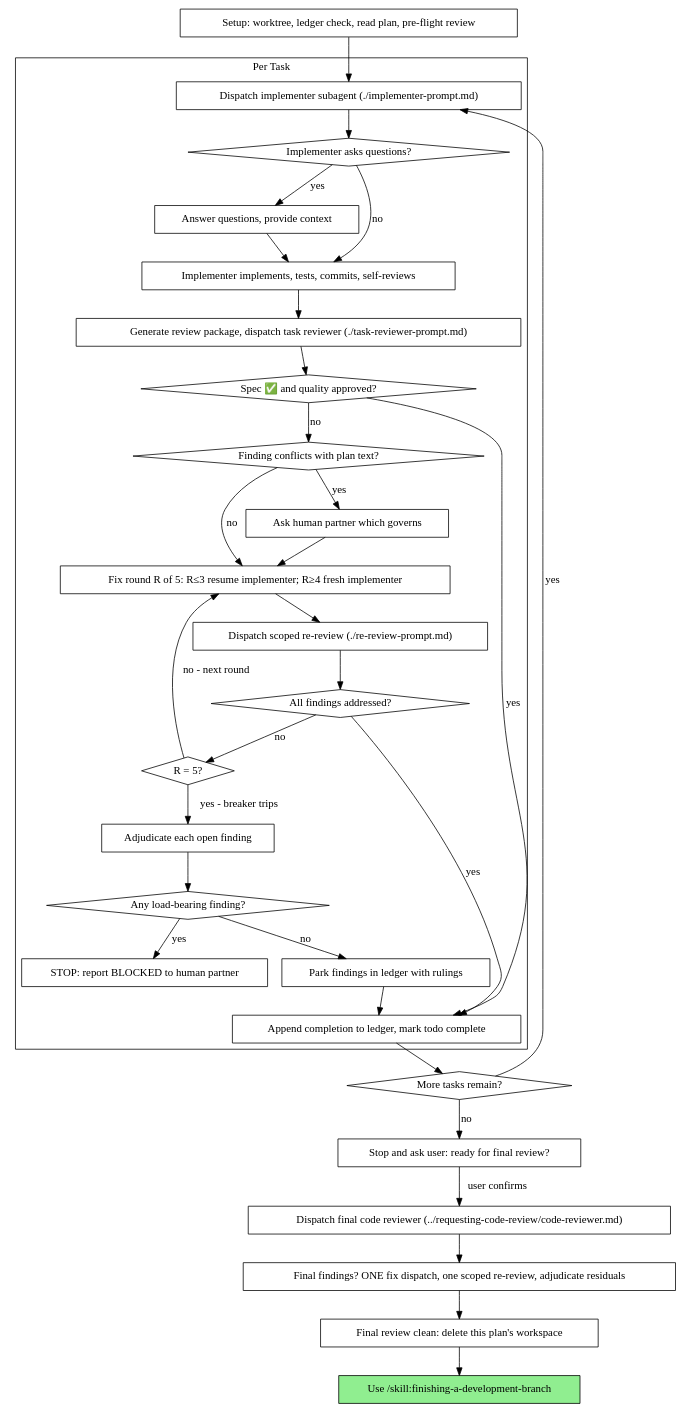
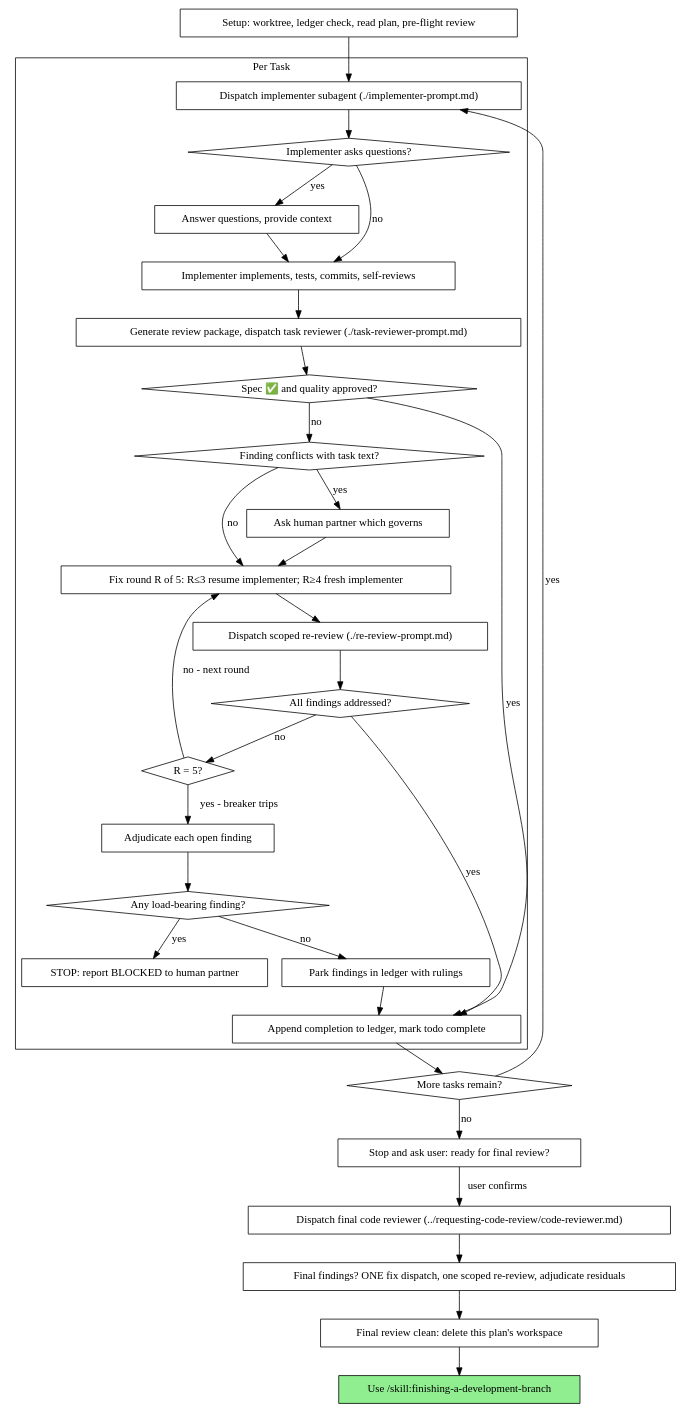
Before and after one commit to johnstegeman/pi-packages: the second of 2 diagrams in packages/pi-superpowers-plus/skills/subagent-driven-development/SKILL.md, drawn with Graphviz. The commit also changed other lines of this file, not shown here.

Commit message:
docs(skill/sdd): sweep plan-text voice to task text (R5-totality follow-up)

````diff
--- a/packages/pi-superpowers-plus/skills/subagent-driven-development/SKILL.md
+++ b/packages/pi-superpowers-plus/skills/subagent-driven-development/SKILL.md
@@ -56,64 +56,64 @@
 ```dot
 digraph process {
     rankdir=TB;
 
     subgraph cluster_per_task {
         label="Per Task";
         "Dispatch implementer subagent (./implementer-prompt.md)" [shape=box];
         "Implementer asks questions?" [shape=diamond];
         "Answer questions, provide context" [shape=box];
         "Implementer implements, tests, commits, self-reviews" [shape=box];
         "Generate review package, dispatch task reviewer (./task-reviewer-prompt.md)" [shape=box];
         "Spec ✅ and quality approved?" [shape=diamond];
-        "Finding conflicts with plan text?" [shape=diamond];
+        "Finding conflicts with task text?" [shape=diamond];
         "Ask human partner which governs" [shape=box];
         "Fix round R of 5: R≤3 resume implementer; R≥4 fresh implementer" [shape=box];
         "Dispatch scoped re-review (./re-review-prompt.md)" [shape=box];
         "All findings addressed?" [shape=diamond];
         "R = 5?" [shape=diamond];
         "Adjudicate each open finding" [shape=box];
         "Any load-bearing finding?" [shape=diamond];
         "STOP: report BLOCKED to human partner" [shape=box];
         "Park findings in ledger with rulings" [shape=box];
         "Append completion to ledger, mark todo complete" [shape=box];
     }
 
     "Setup: worktree, ledger check, read plan, pre-flight review" [shape=box];
     "More tasks remain?" [shape=diamond];
     "Stop and ask user: ready for final review?" [shape=box];
     "Dispatch final code reviewer (../requesting-code-review/code-reviewer.md)" [shape=box];
     "Final findings? ONE fix dispatch, one scoped re-review, adjudicate residuals" [shape=box];
     "Final review clean: delete this plan's workspace" [shape=box];
     "Use /skill:finishing-a-development-branch" [shape=box style=filled fillcolor=lightgreen];
 
     "Setup: worktree, ledger check, read plan, pre-flight review" -> "Dispatch implementer subagent (./implementer-prompt.md)";
     "Dispatch implementer subagent (./implementer-prompt.md)" -> "Implementer asks questions?";
     "Implementer asks questions?" -> "Answer questions, provide context" [label="yes"];
     "Answer questions, provide context" -> "Implementer implements, tests, commits, self-reviews";
     "Implementer asks questions?" -> "Implementer implements, tests, commits, self-reviews" [label="no"];
     "Implementer implements, tests, commits, self-reviews" -> "Generate review package, dispatch task reviewer (./task-reviewer-prompt.md)";
     "Generate review package, dispatch task reviewer (./task-reviewer-prompt.md)" -> "Spec ✅ and quality approved?";
     "Spec ✅ and quality approved?" -> "Append completion to ledger, mark todo complete" [label="yes"];
-    "Spec ✅ and quality approved?" -> "Finding conflicts with plan text?" [label="no"];
-    "Finding conflicts with plan text?" -> "Ask human partner which governs" [label="yes"];
+    "Spec ✅ and quality approved?" -> "Finding conflicts with task text?" [label="no"];
+    "Finding conflicts with task text?" -> "Ask human partner which governs" [label="yes"];
     "Ask human partner which governs" -> "Fix round R of 5: R≤3 resume implementer; R≥4 fresh implementer";
-    "Finding conflicts with plan text?" -> "Fix round R of 5: R≤3 resume implementer; R≥4 fresh implementer" [label="no"];
+    "Finding conflicts with task text?" -> "Fix round R of 5: R≤3 resume implementer; R≥4 fresh implementer" [label="no"];
     "Fix round R of 5: R≤3 resume implementer; R≥4 fresh implementer" -> "Dispatch scoped re-review (./re-review-prompt.md)";
     "Dispatch scoped re-review (./re-review-prompt.md)" -> "All findings addressed?";
     "All findings addressed?" -> "Append completion to ledger, mark todo complete" [label="yes"];
     "All findings addressed?" -> "R = 5?" [label="no"];
     "R = 5?" -> "Fix round R of 5: R≤3 resume implementer; R≥4 fresh implementer" [label="no - next round"];
     "R = 5?" -> "Adjudicate each open finding" [label="yes - breaker trips"];
     "Adjudicate each open finding" -> "Any load-bearing finding?";
     "Any load-bearing finding?" -> "STOP: report BLOCKED to human partner" [label="yes"];
     "Any load-bearing finding?" -> "Park findings in ledger with rulings" [label="no"];
     "Park findings in ledger with rulings" -> "Append completion to ledger, mark todo complete";
     "Append completion to ledger, mark todo complete" -> "More tasks remain?";
     "More tasks remain?" -> "Dispatch implementer subagent (./implementer-prompt.md)" [label="yes"];
     "More tasks remain?" -> "Stop and ask user: ready for final review?" [label="no"];
     "Stop and ask user: ready for final review?" -> "Dispatch final code reviewer (../requesting-code-review/code-reviewer.md)" [label="user confirms"];
     "Dispatch final code reviewer (../requesting-code-review/code-reviewer.md)" -> "Final findings? ONE fix dispatch, one scoped re-review, adjudicate residuals";
     "Final findings? ONE fix dispatch, one scoped re-review, adjudicate residuals" -> "Final review clean: delete this plan's workspace";
     "Final review clean: delete this plan's workspace" -> "Use /skill:finishing-a-development-branch";
 }
 ```
````
